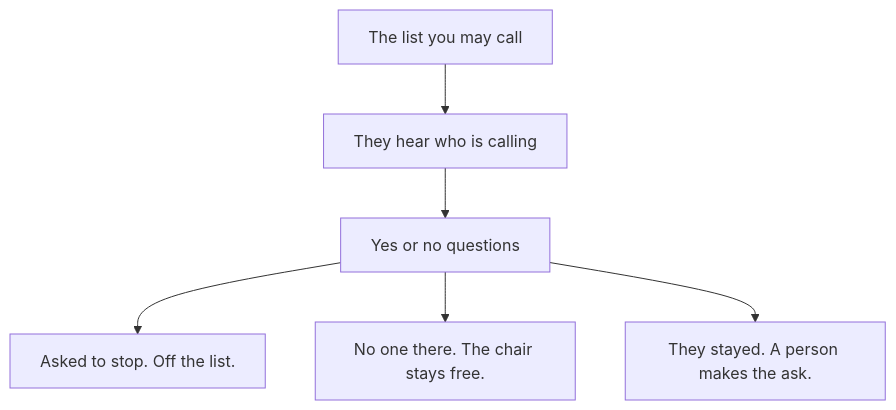
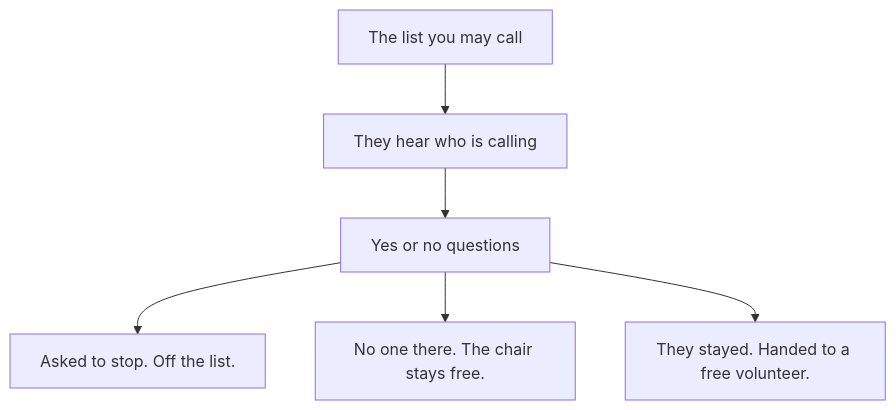
One commit to jasincanada/onebc-platform changed the diagram in README.md. Above: the diagram before and after it, drawn with Mermaid. The commit also changed other lines of this file and 4 other files, not shown here.

First line of the commit message:
Put the handoff to a free volunteer on the first page.

````diff
--- a/README.md
+++ b/README.md
@@ -25,13 +34,13 @@
 ```mermaid
 flowchart TD
   list[The list you may call]
   greet[They hear who is calling]
   ask[Yes or no questions]
   stop[Asked to stop. Off the list.]
   none[No one there. The chair stays free.]
-  stay[They stayed. A person makes the ask.]
+  stay[They stayed. Handed to a free volunteer.]
   list --> greet --> ask
   ask --> stop
   ask --> none
   ask --> stay
 ```
````
